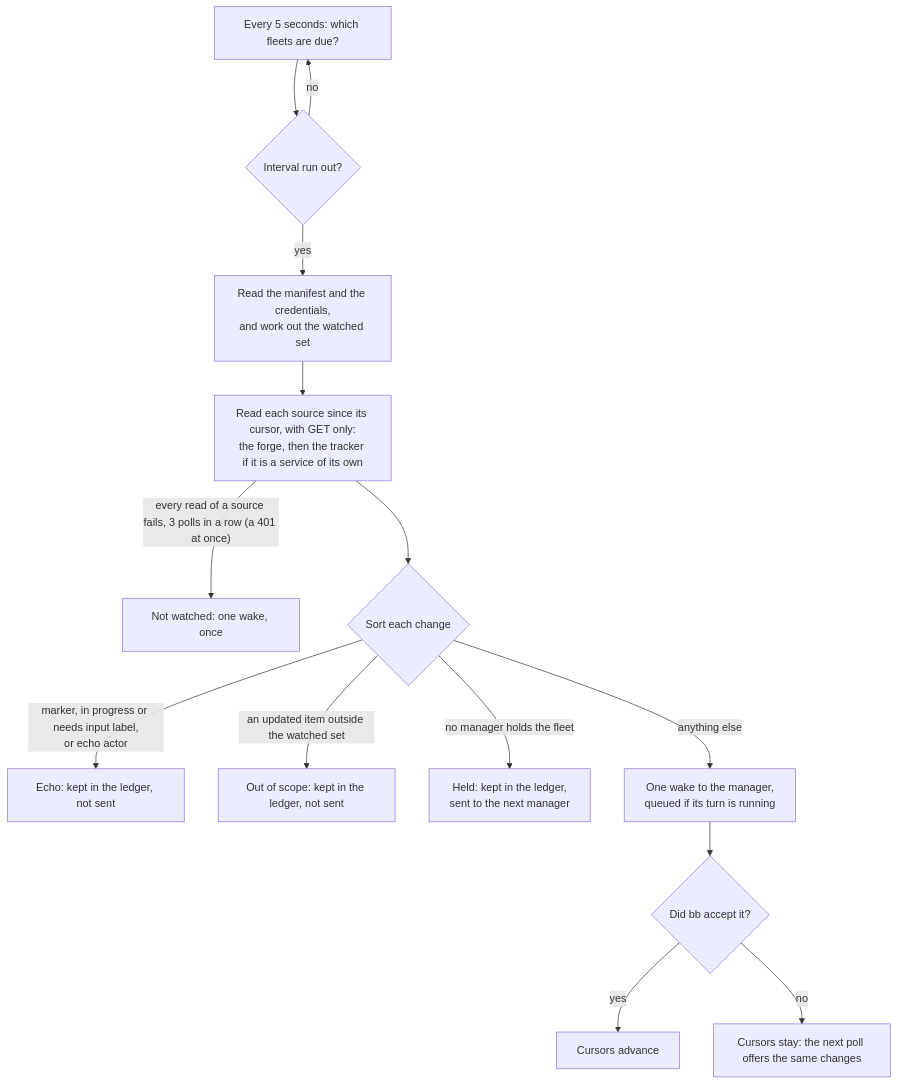
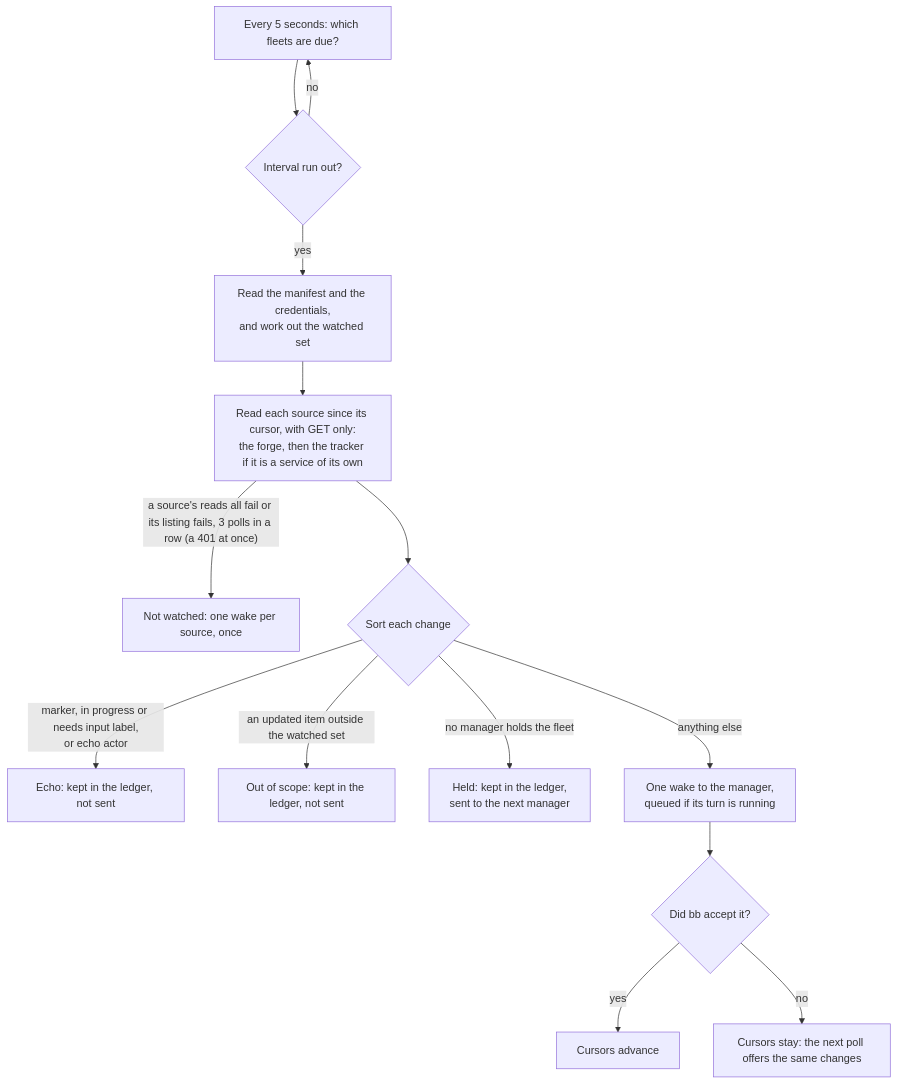
Before and after one commit to gperezmz/bb-plugins: the diagram in docs/explanation/unattendish-polling.md, drawn with Mermaid. The commit also changed other lines of this file and 3 other files, not shown here.

````diff
--- a/docs/explanation/unattendish-polling.md
+++ b/docs/explanation/unattendish-polling.md
@@ -5,16 +5,16 @@
 ```mermaid
 flowchart TB
   tick["Every 5 seconds: which fleets are due?"] --> due{"Interval run out?"}
   due -->|no| tick
   due -->|yes| watch["Read the manifest and the credentials,<br/>and work out the watched set"]
   watch --> read["Read each source since its cursor, with GET only:<br/>the forge, then the tracker if it is a service of its own"]
-  read -->|"every read of a source fails, 3 polls in a row (a 401 at once)"| refused["Not watched: one wake, once"]
+  read -->|"a source's reads all fail or its listing fails, 3 polls in a row (a 401 at once)"| refused["Not watched: one wake per source, once"]
   read --> sort{"Sort each change"}
   sort -->|"marker, in progress or needs input label,<br/>or echo actor"| echo["Echo: kept in the ledger, not sent"]
   sort -->|"an updated item outside the watched set"| scope["Out of scope: kept in the ledger, not sent"]
   sort -->|"no manager holds the fleet"| held["Held: kept in the ledger,<br/>sent to the next manager"]
   sort -->|"anything else"| wake["One wake to the manager,<br/>queued if its turn is running"]
   wake --> accepted{"Did bb accept it?"}
   accepted -->|yes| advance["Cursors advance"]
   accepted -->|no| again["Cursors stay: the next poll offers the same changes"]
 ```
````
